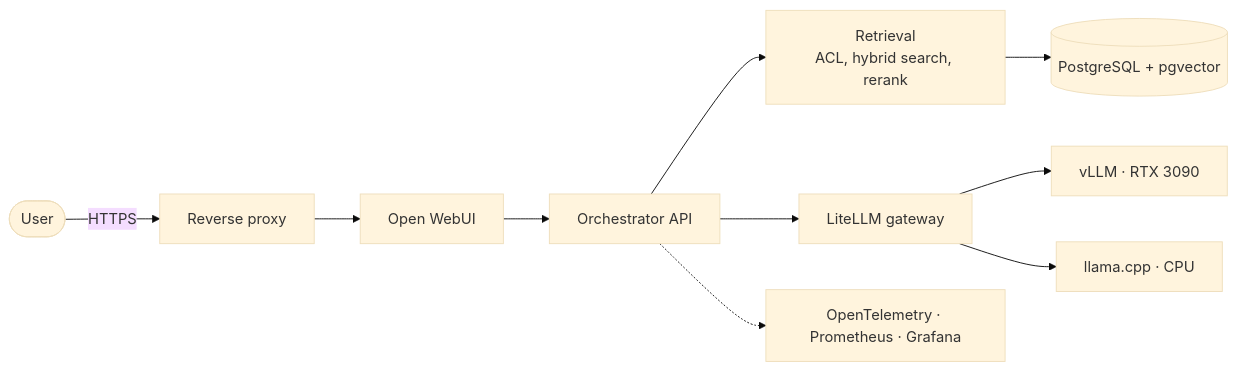
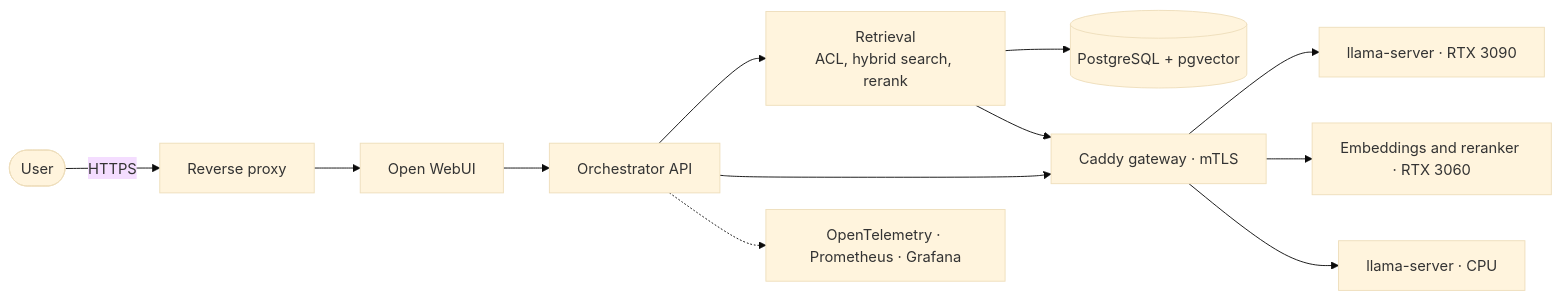
Before and after one commit to rem-lit/SummerAI: the diagram in README.md, drawn with Mermaid (base theme). The commit also changed other lines of this file and 4 other files, not shown here.

First line of the commit message:
docs: align architecture, roadmap and README with the new decisions

````diff
--- a/README.md
+++ b/README.md
@@ -47,12 +47,14 @@
 ```mermaid
 flowchart LR
     user([User]) -->|HTTPS| proxy[Reverse proxy]
     proxy --> ui[Open WebUI]
     ui --> orch[Orchestrator API]
     orch --> retr[Retrieval<br/>ACL, hybrid search, rerank]
     retr --> db[(PostgreSQL + pgvector)]
-    orch --> gw[LiteLLM gateway]
-    gw --> vllm[vLLM · RTX 3090]
-    gw --> cpp[llama.cpp · CPU]
+    orch --> gw[Caddy gateway · mTLS]
+    retr --> gw
+    gw --> llm[llama-server · RTX 3090]
+    gw --> emb[Embeddings and reranker · RTX 3060]
+    gw --> cpp[llama-server · CPU]
     orch -.-> obs[OpenTelemetry · Prometheus · Grafana]
 ```
````
